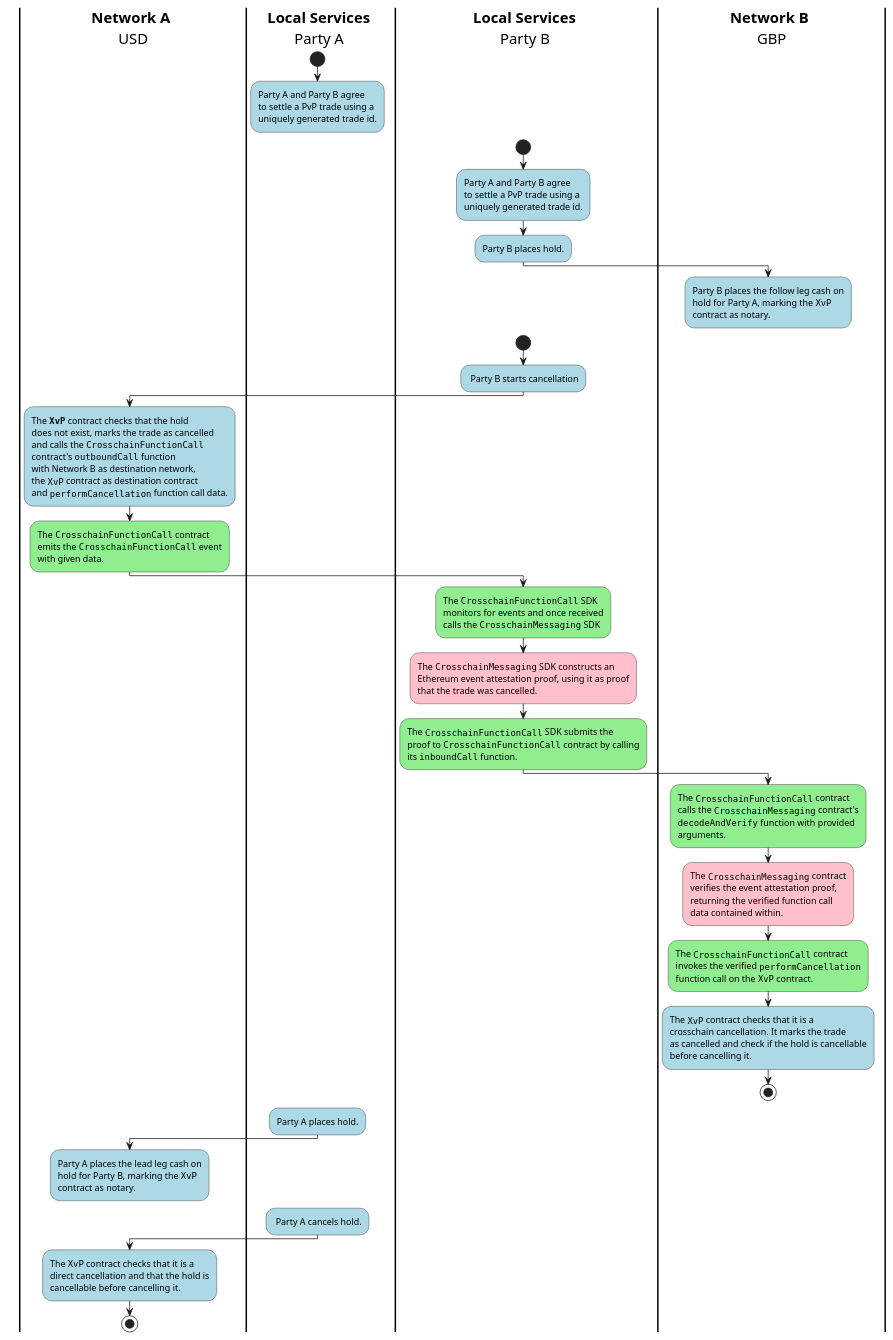
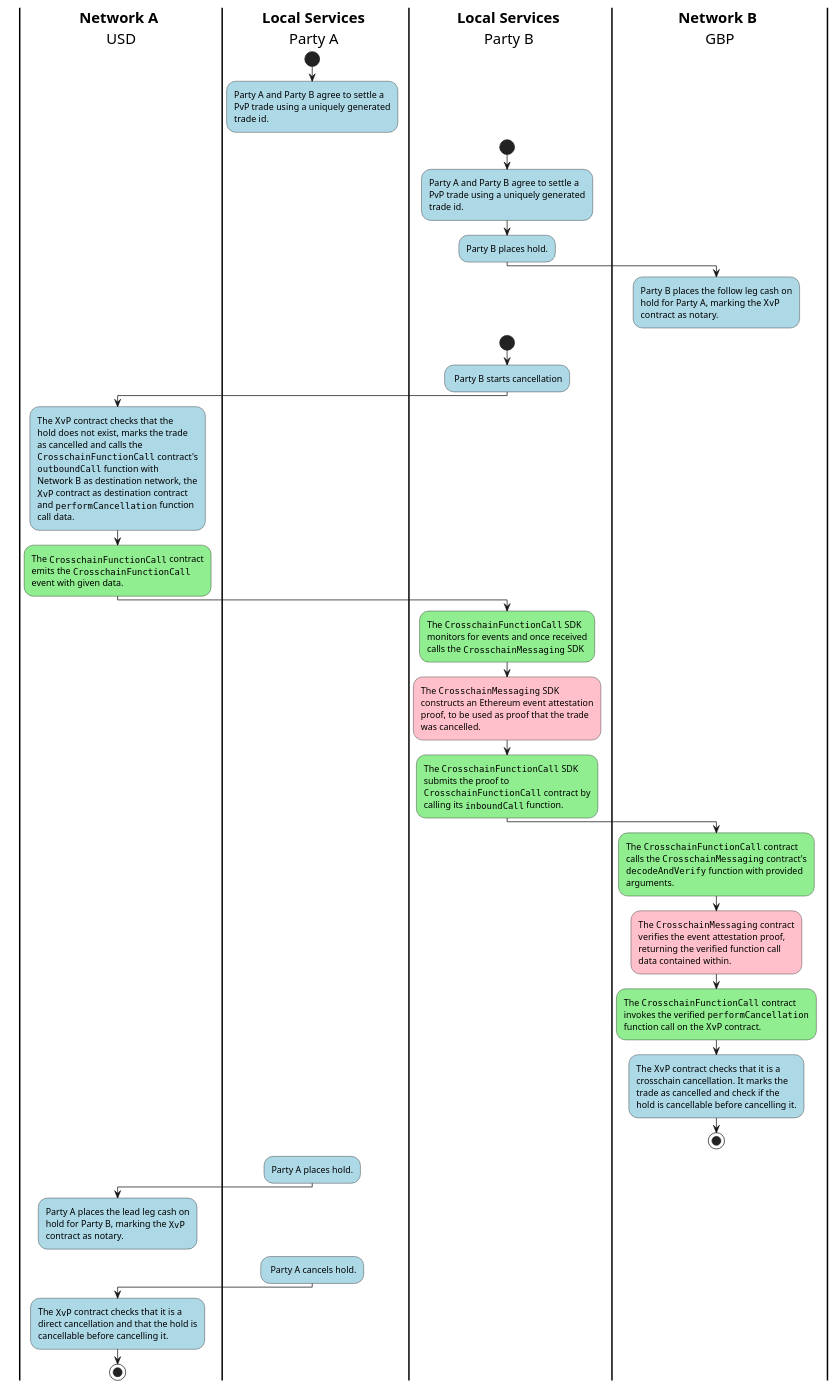
One commit to hyperledger-labs/harmonia changed the diagram in docs/adhara/img/pvp_cancellation_on_leading.puml. Above: the diagram before and after it, drawn with PlantUML. The commit also changed 18 other files, not shown here.

```diff
--- a/docs/adhara/img/pvp_cancellation_on_leading.puml
+++ b/docs/adhara/img/pvp_cancellation_on_leading.puml
@@ -1,112 +1,116 @@
 @startuml 2_3_2_pvp_cancellation_on_lead_ledger_activity_diagram
 skinparam ActivityBackgroundColor LightBlue
 skinparam activityDiamondBackgroundColor transparent
 skinparam defaultTextAlignment left
 skinparam shadowing false
 skinparam Swimlane {
   TitleFontColor black
   TitleFontSize 20
   BorderColor black
   BorderThickness 2
-  width same
+  width 500
 }
 
 | **Network A**\n        USD  |
 | **Local Services**\n        Party A |
 | **Local Services**\n        Party B |
 
 | **Local Services**\n        Party A |
 
   start
-  :Party A and Party B agree
-  to settle a PvP trade using a
-  uniquely generated trade id.;
+  :Party A and Party B agree to settle a
+  PvP trade using a uniquely generated
+  trade id.;
   detach
 
 | **Local Services**\n        Party B |
 
   start
-  :Party A and Party B agree
-  to settle a PvP trade using a
-  uniquely generated trade id.;
+  :Party A and Party B agree to settle a
+  PvP trade using a uniquely generated
+  trade id.;
   :Party B places hold.;
 
 | **Network B**\n        GBP |
 
   :Party B places the follow leg cash on
   hold for Party A, marking the ""XvP""
   contract as notary.;
   detach
 
 | **Local Services**\n        Party B |
   start
   : Party B starts cancellation;
 
 | **Network A**\n        USD  |
 
-  :The ""**XvP**"" contract checks that the hold
-  does not exist, marks the trade as cancelled
-  and calls the ""CrosschainFunctionCall""
-  contract's ""outboundCall"" function
-  with Network B as destination network,
-  the ""XvP"" contract as destination contract
-  and ""performCancellation"" function call data.;
+  :The ""XvP"" contract checks that the
+  hold does not exist, marks the trade
+  as cancelled and calls the
+  ""CrosschainFunctionCall"" contract's
+  ""outboundCall"" function with
+  Network B as destination network, the
+  ""XvP"" contract as destination contract
+  and ""performCancellation"" function
+  call data.;
   #lightGreen:The ""CrosschainFunctionCall"" contract
-  emits the ""CrosschainFunctionCall"" event
-  with given data.;
+  emits the ""CrosschainFunctionCall""
+  event with given data.;
 
 | **Local Services**\n        Party B |
 
    #lightGreen:The ""CrosschainFunctionCall"" SDK
    monitors for events and once received
    calls the ""CrosschainMessaging"" SDK;
-   #Pink:The ""CrosschainMessaging"" SDK constructs an
-   Ethereum event attestation proof, using it as proof
-   that the trade was cancelled.;
-   #lightGreen:The ""CrosschainFunctionCall"" SDK submits the
-   proof to ""CrosschainFunctionCall"" contract by calling
-   its ""inboundCall"" function.;
+   #Pink:The ""CrosschainMessaging"" SDK
+   constructs an Ethereum event attestation
+   proof, to be used as proof that the trade
+   was cancelled.;
+   #lightGreen:The ""CrosschainFunctionCall"" SDK
+   submits the proof to
+   ""CrosschainFunctionCall"" contract by
+   calling its ""inboundCall"" function.;
 
 | **Network B**\n        GBP |
 
   #lightGreen:The ""CrosschainFunctionCall"" contract
   calls the ""CrosschainMessaging"" contract's
   ""decodeAndVerify"" function with provided
   arguments.;
   #Pink:The ""CrosschainMessaging"" contract
   verifies the event attestation proof,
   returning the verified function call
   data contained within.;
   #lightGreen:The ""CrosschainFunctionCall"" contract
   invokes the verified ""performCancellation""
   function call on the ""XvP"" contract.;
   :The ""XvP"" contract checks that it is a
-  crosschain cancellation. It marks the trade
-  as cancelled and check if the hold is cancellable
-  before cancelling it.;
+  crosschain cancellation. It marks the
+  trade as cancelled and check if the
+  hold is cancellable before cancelling it.;
   stop
 
 | **Local Services**\n        Party A |
 
   :Party A places hold.;
 
 | **Network A**\n        USD  |
 
   :Party A places the lead leg cash on
   hold for Party B, marking the ""XvP""
   contract as notary.;
   detach
 
 
 | **Local Services**\n        Party A |
 
 : Party A cancels hold.;
 
 | **Network A**\n        USD  |
 
   :The ""XvP"" contract checks that it is a
   direct cancellation and that the hold is
   cancellable before cancelling it.;
   stop
 
 @enduml
```
